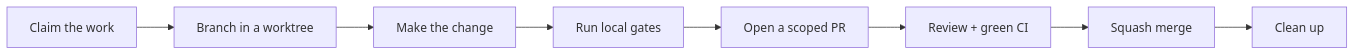
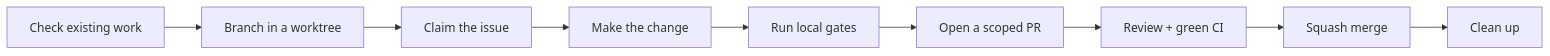
Before and after one commit to OpenCoven/coven: the diagram in docs/MERGE-GUIDE.md, drawn with Mermaid. The commit also changed other lines of this file and 9 other files, not shown here.

````diff
--- a/docs/MERGE-GUIDE.md
+++ b/docs/MERGE-GUIDE.md
@@ -20,10 +20,11 @@
 ```mermaid
 flowchart LR
-  A["Claim the work"] --> B["Branch in a worktree"]
-  B --> C["Make the change"]
-  C --> D["Run local gates"]
-  D --> E["Open a scoped PR"]
-  E --> F["Review + green CI"]
-  F --> G["Squash merge"]
-  G --> H["Clean up"]
+  A["Check existing work"] --> B["Branch in a worktree"]
+  B --> C["Claim the issue"]
+  C --> D["Make the change"]
+  D --> E["Run local gates"]
+  E --> F["Open a scoped PR"]
+  F --> G["Review + green CI"]
+  G --> H["Squash merge"]
+  H --> I["Clean up"]
 ```
````
